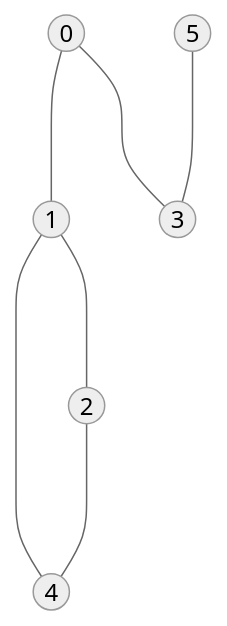
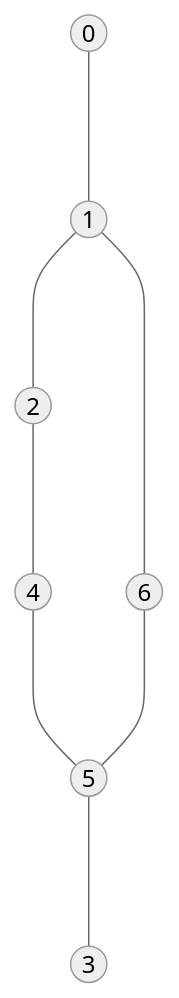
One commit to sgorgun/depth-first-search-task-python changed the fourth of 8 diagrams in README.md. Above: the diagram before and after it, drawn with Mermaid (neutral theme). The commit also changed other lines of this file, not shown here.

````diff
--- a/README.md
+++ b/README.md
@@ -61,11 +61,12 @@
 ```mermaid
 graph TD;
     A((0)) ---- B((1));
+    B ---- H((6));
     B ---- C((2));
-    A ---- D((3));
     E((4));
     F((5));
-    F ---- D;
-    B ---- E;
+    F ---- D((3));
     C ---- E;
+    E ---- F;
+    H ---- F;
 ```
````
